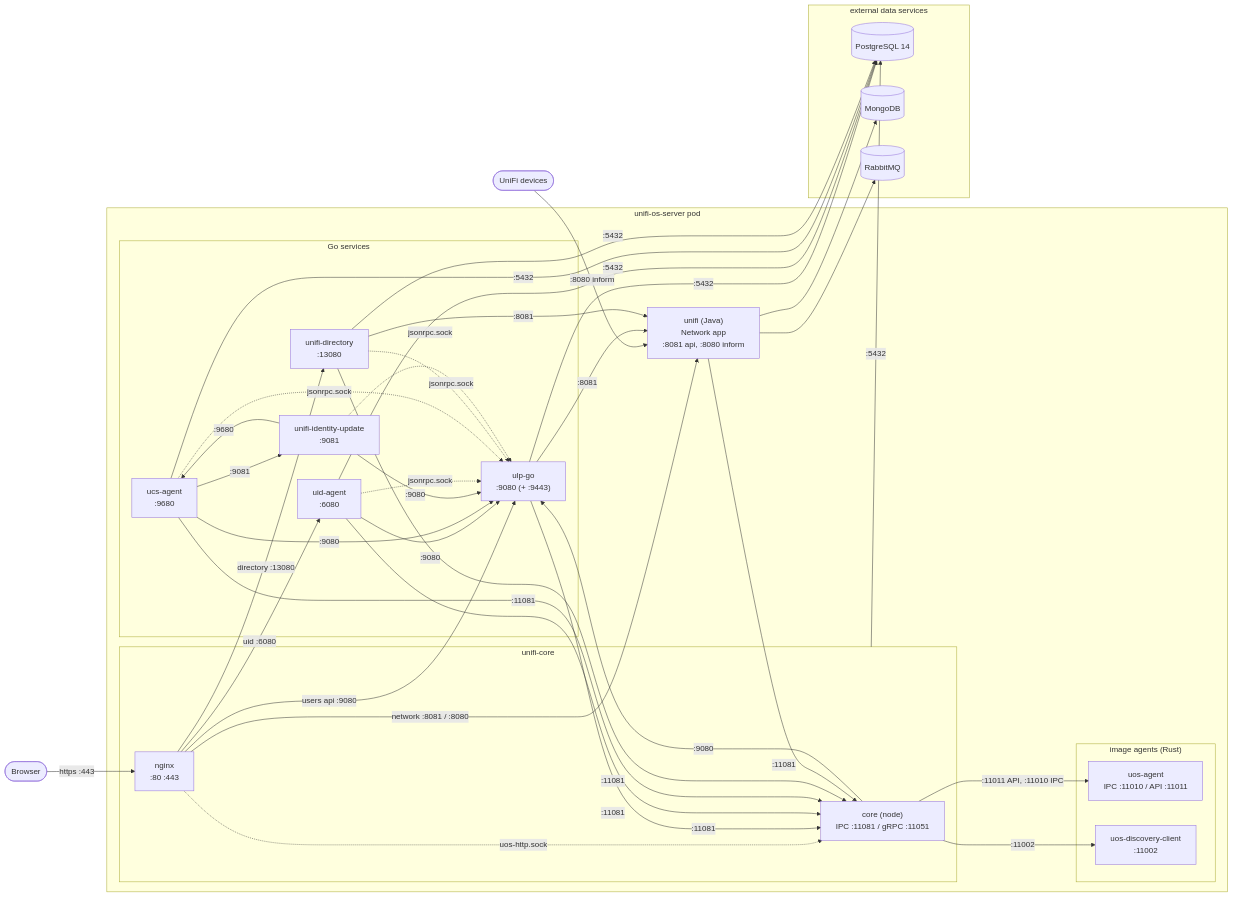
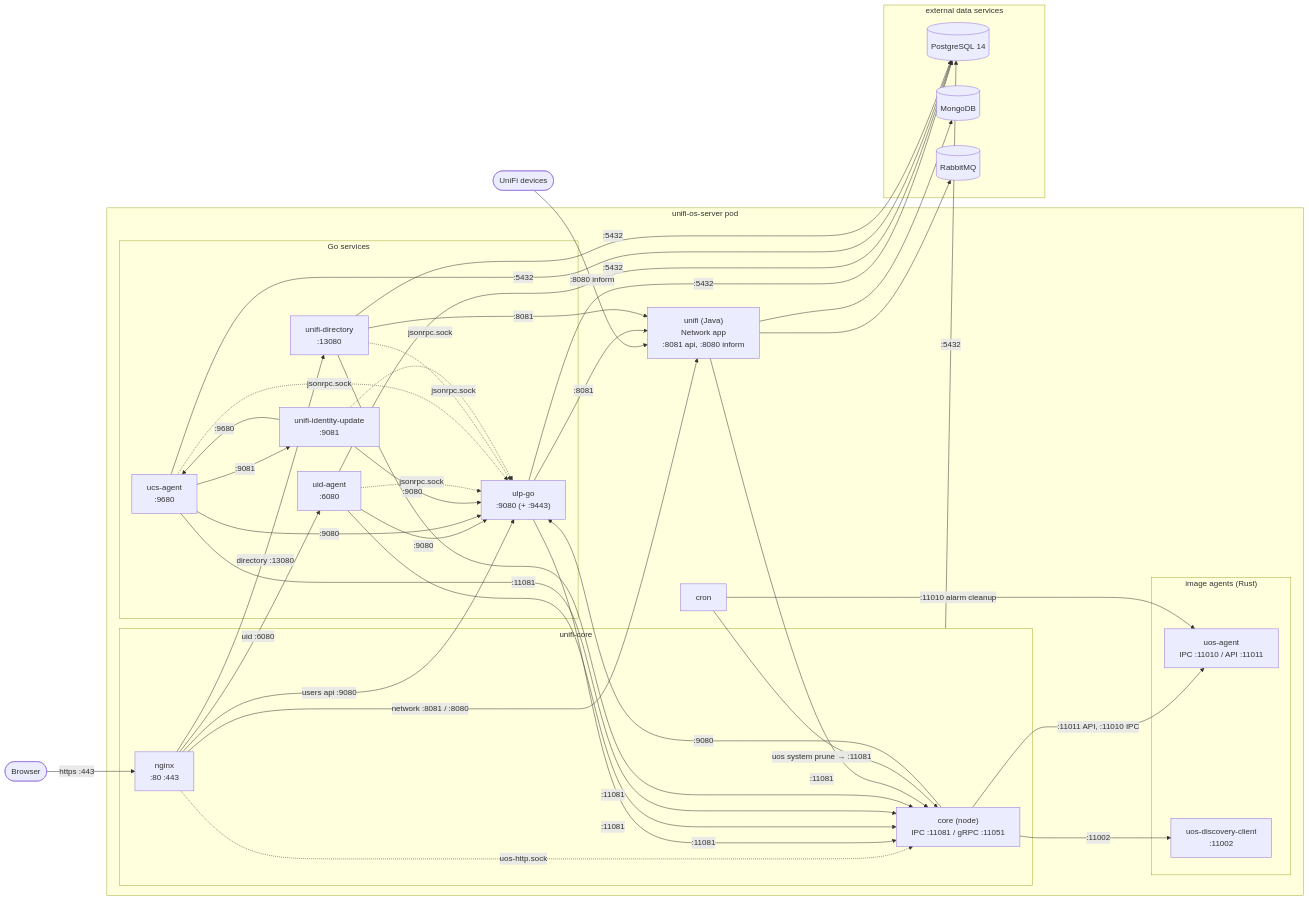
Before and after one commit to pschichtel/helm-charts: the diagram in charts/unifi-os-server/README.md, drawn with Mermaid. The commit also changed other lines of this file and 4 other files, not shown here.

````diff
--- a/charts/unifi-os-server/README.md
+++ b/charts/unifi-os-server/README.md
@@ -48,69 +48,72 @@
 ```mermaid
 flowchart LR
     browser(["Browser"])
     devices(["UniFi devices"])
 
     subgraph pod["unifi-os-server pod"]
         subgraph core["unifi-core"]
             nginx["nginx<br/>:80 :443"]
             node["core (node)<br/>IPC :11081 / gRPC :11051"]
         end
         subgraph apps["Go services"]
             ulp["ulp-go<br/>:9080 (+ :9443)"]
             uid["uid-agent<br/>:6080"]
             ucs["ucs-agent<br/>:9680"]
             dir["unifi-directory<br/>:13080"]
             idu["unifi-identity-update<br/>:9081"]
         end
         subgraph rust["image agents (Rust)"]
             uosa["uos-agent<br/>IPC :11010 / API :11011"]
             disc["uos-discovery-client<br/>:11002"]
         end
+        cron["cron"]
         java["unifi (Java)<br/>Network app<br/>:8081 api, :8080 inform"]
     end
 
     subgraph data["external data services"]
         pg[("PostgreSQL 14")]
         mongo[("MongoDB")]
         rmq[("RabbitMQ")]
     end
 
     browser -->|"https :443"| nginx
     devices -->|":8080 inform"| java
 
     nginx -->|"users api :9080"| ulp
     nginx -->|"directory :13080"| dir
     nginx -->|"uid :6080"| uid
     nginx -->|"network :8081 / :8080"| java
     nginx -.->|"uos-http.sock"| node
 
     node -->|":11011 API, :11010 IPC"| uosa
     node -->|":11002"| disc
     node -->|":9080"| ulp
 
     ulp -->|":11081"| node
     ulp -->|":8081"| java
     uid -->|":11081"| node
     uid -->|":9080"| ulp
     ucs -->|":11081"| node
     ucs -->|":9080"| ulp
     ucs -->|":9081"| idu
     idu -->|":9080"| ulp
     idu -->|":9680"| ucs
     dir -->|":11081"| node
     dir -->|":8081"| java
     java -->|":11081"| node
+    cron -->|":11010 alarm cleanup"| uosa
+    cron -->|"uos system prune → :11081"| node
 
     uid -.->|"jsonrpc.sock"| ulp
     ucs -.->|"jsonrpc.sock"| ulp
     dir -.->|"jsonrpc.sock"| ulp
     idu -.->|"jsonrpc.sock"| ulp
 
     core -->|":5432"| pg
     ulp -->|":5432"| pg
     uid -->|":5432"| pg
     ucs -->|":5432"| pg
     dir -->|":5432"| pg
     java --> mongo
     java --> rmq
 ```
````
